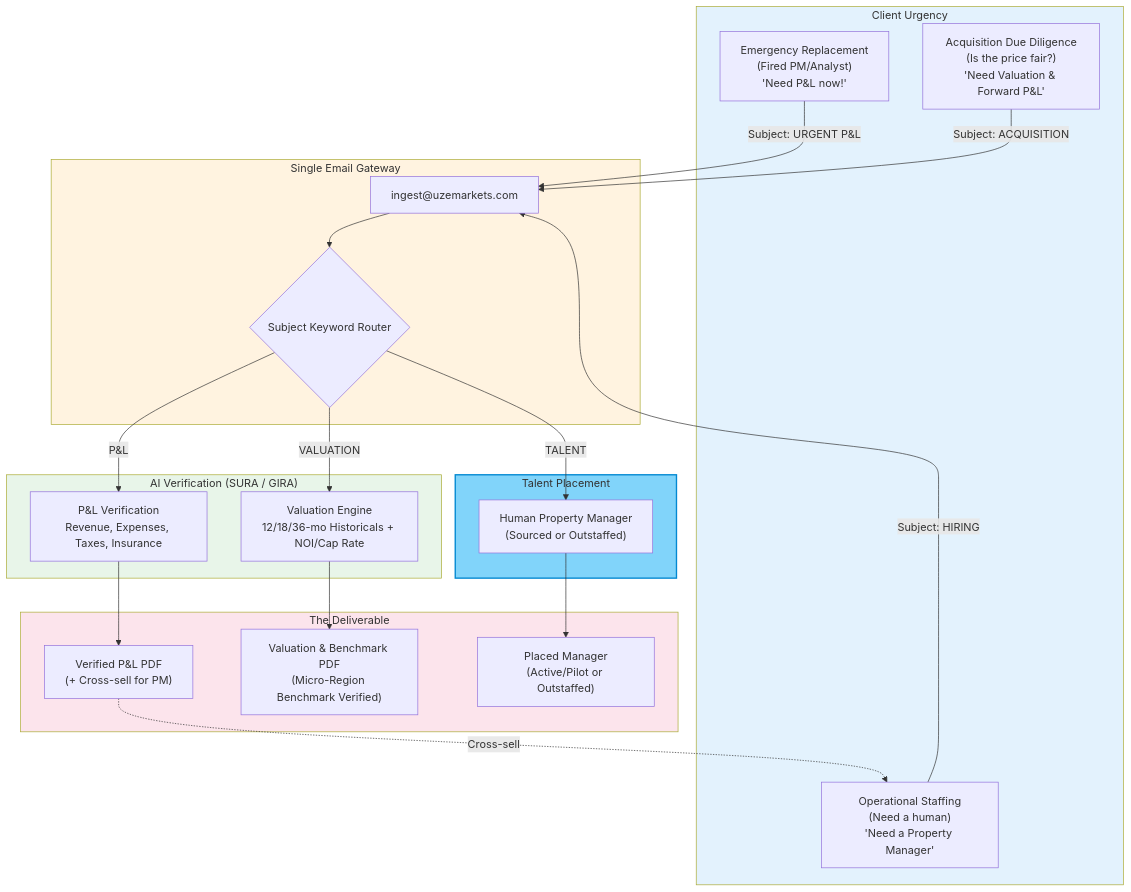
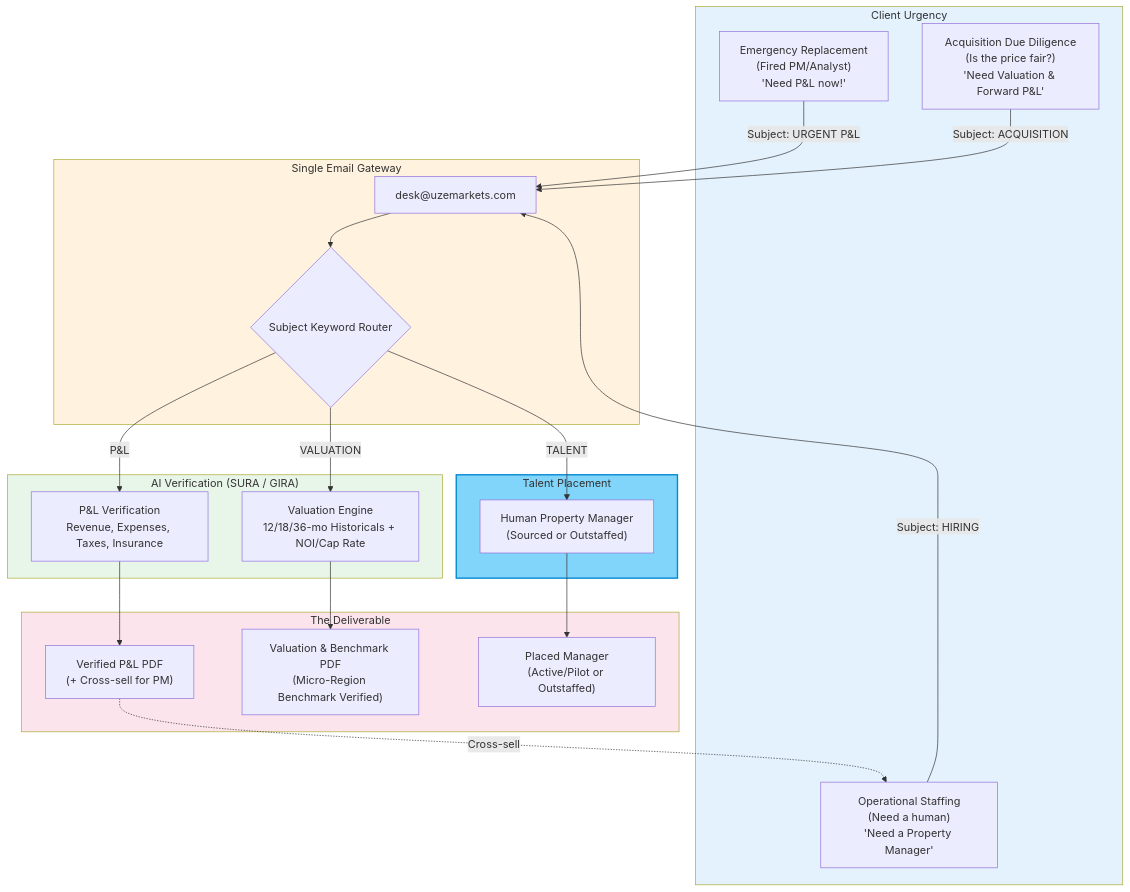
Before and after one commit to DEVBUILDSTACK/UZE: the diagram in docs/diagrams/16-three-use-cases.md, drawn with Mermaid. The commit also changed 3 other files, not shown here.

First line of the commit message:
desk@: underwrite intake address moves to the Desk (desk@uzemarkets.com)

````diff
--- a/docs/diagrams/16-three-use-cases.md
+++ b/docs/diagrams/16-three-use-cases.md
@@ -7,52 +7,52 @@
 ```mermaid
 flowchart TD
     subgraph CLIENT["Client Urgency"]
         U1["Emergency Replacement<br/>(Fired PM/Analyst)<br/>'Need P&L now!'"]
         U2["Acquisition Due Diligence<br/>(Is the price fair?)<br/>'Need Valuation & Forward P&L'"]
         U3["Operational Staffing<br/>(Need a human)<br/>'Need a Property Manager'"]
     end
 
     subgraph GATEWAY["Single Email Gateway"]
-        EMAIL["ingest@uzemarkets.com"]
+        EMAIL["desk@uzemarkets.com"]
         ROUTER{"Subject Keyword Router"}
     end
 
     subgraph AGENTS["AI Verification (SURA / GIRA)"]
         PL["P&L Verification<br/>Revenue, Expenses, Taxes, Insurance"]
         VAL["Valuation Engine<br/>12/18/36-mo Historicals + NOI/Cap Rate"]
     end
 
     subgraph TALENT["Talent Placement"]
         HUMAN["Human Property Manager<br/>(Sourced or Outstaffed)"]
     end
 
     subgraph OUTPUT["The Deliverable"]
         PDF_PL["Verified P&L PDF<br/>(+ Cross-sell for PM)"]
         PDF_VAL["Valuation & Benchmark PDF<br/>(Micro-Region Benchmark Verified)"]
         PLACEMENT["Placed Manager<br/>(Active/Pilot or Outstaffed)"]
     end
 
     %% Routing Logic
     U1 -->|"Subject: URGENT P&L"| EMAIL
     U2 -->|"Subject: ACQUISITION"| EMAIL
     U3 -->|"Subject: HIRING"| EMAIL
 
     EMAIL --> ROUTER
 
     ROUTER -->|"P&L"| PL
     ROUTER -->|"VALUATION"| VAL
     ROUTER -->|"TALENT"| HUMAN
 
     %% Output Logic
     PL --> PDF_PL
     VAL --> PDF_VAL
     HUMAN --> PLACEMENT
 
     PDF_PL -.->|"Cross-sell"| U3
 
     style CLIENT fill:#e3f2fd
     style GATEWAY fill:#fff3e0
     style AGENTS fill:#e8f5e9
     style TALENT fill:#81d4fa,stroke:#0288d1,stroke-width:2px
     style OUTPUT fill:#fce4ec
 ```
````
